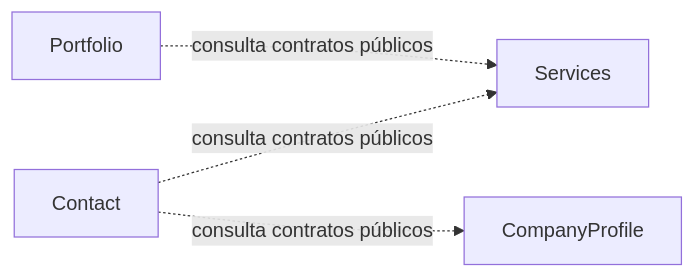
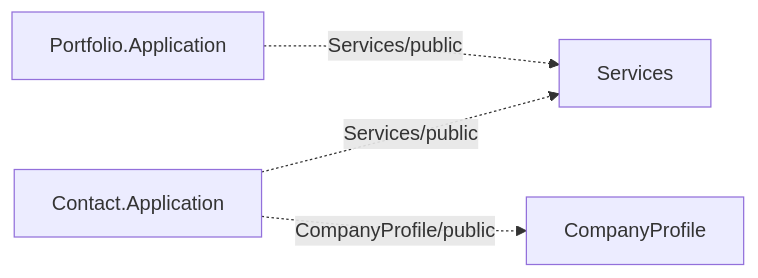
Before and after one commit to cromaticacreativa/project-cromaticacreativa-web: the fifth of 7 diagrams in docs/ARCHITECTURE.md, drawn with Mermaid. The commit also changed other lines of this file and 276 other files, not shown here.

````diff
--- a/docs/ARCHITECTURE.md
+++ b/docs/ARCHITECTURE.md
@@ -114,10 +144,6 @@
 ```mermaid
 flowchart LR
-    portfolio["Portfolio"]
-    services["Services"]
-    profile["CompanyProfile"]
-    contact["Contact"]
-    portfolio -. "consulta contratos públicos" .-> services
-    contact -. "consulta contratos públicos" .-> services
-    contact -. "consulta contratos públicos" .-> profile
+    portfolio["Portfolio.Application"] -. "Services/public" .-> services["Services"]
+    contact["Contact.Application"] -. "Services/public" .-> services
+    contact -. "CompanyProfile/public" .-> profile["CompanyProfile"]
 ```
````
